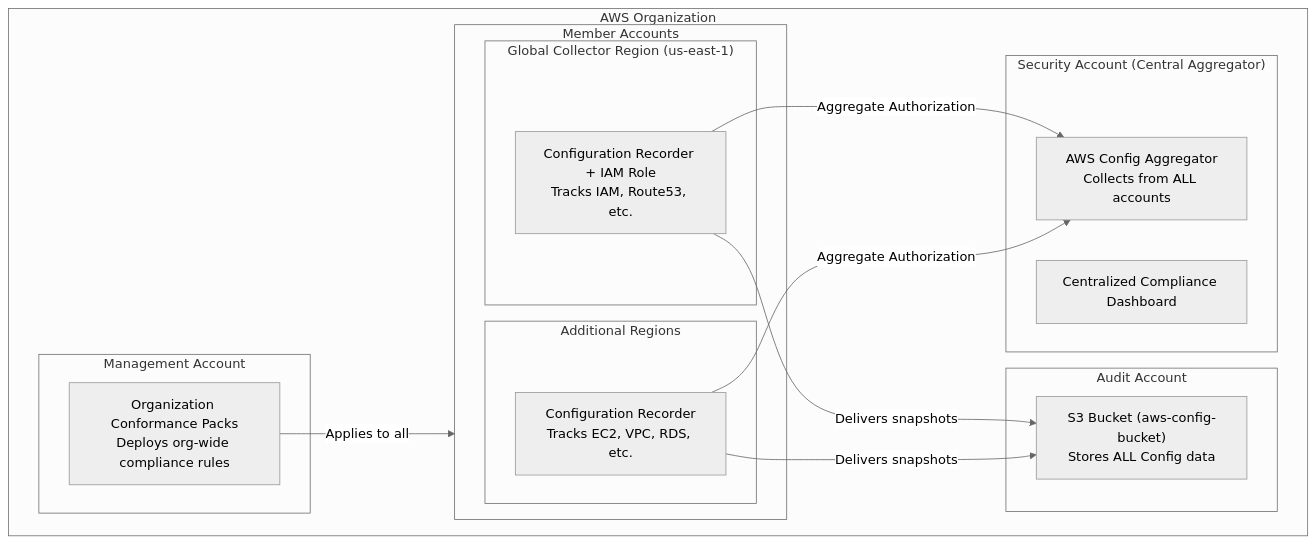
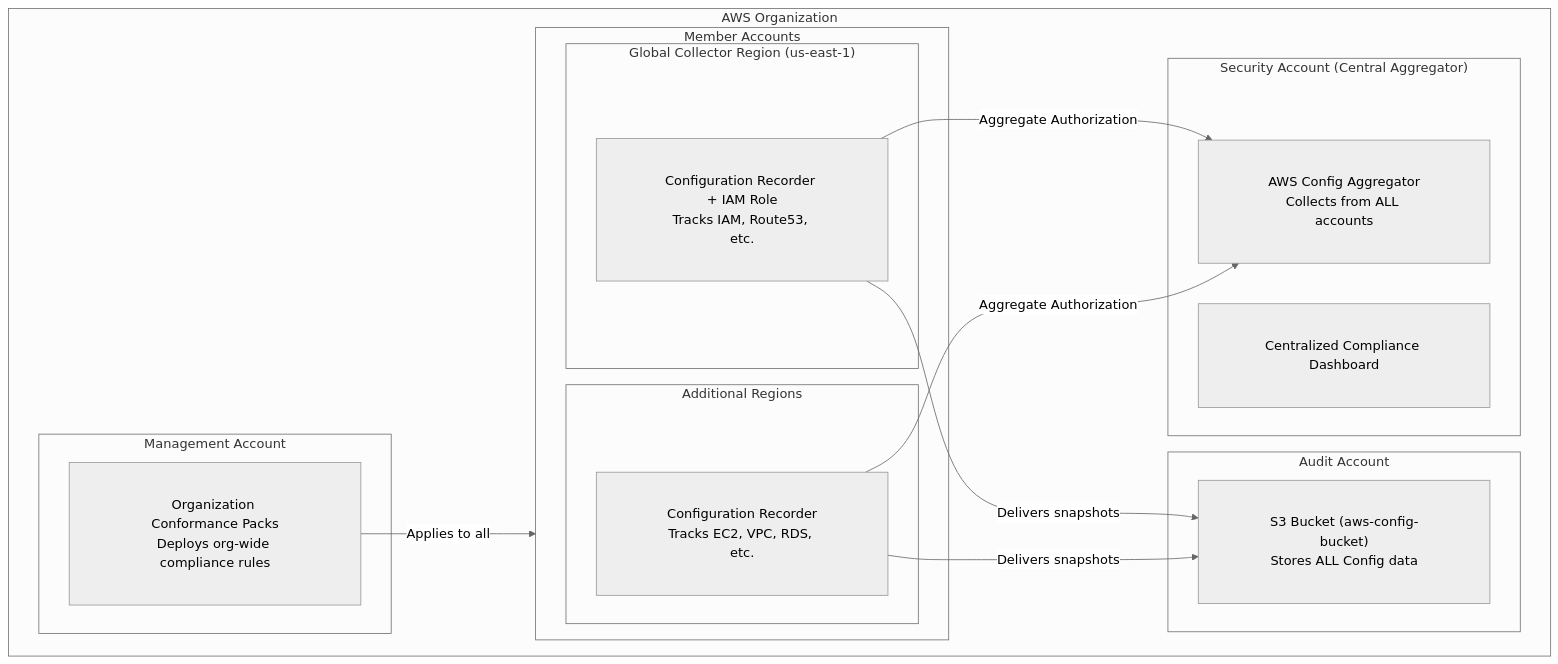
The diagram in docs/layers/security-and-compliance/aws-config.mdx (cloudposse/docs), drawn with Mermaid (neutral theme) before and after one commit. The commit also changed 11 other files, not shown here.

````diff
--- a/docs/layers/security-and-compliance/aws-config.mdx
+++ b/docs/layers/security-and-compliance/aws-config.mdx
@@ -28,32 +28,33 @@
 ```mermaid
+%%{init: {'flowchart': {'padding': 40}}}%%
 flowchart TB
     subgraph org["AWS Organization"]
         subgraph mgmt["Management Account"]
             mgmt_packs["Organization Conformance Packs<br/>Deploys org-wide compliance rules"]
         end
 
         subgraph security["Security Account (Central Aggregator)"]
             aggregator["AWS Config Aggregator<br/>Collects from ALL accounts"]
             dashboard["Centralized Compliance Dashboard"]
         end
 
         subgraph audit["Audit Account"]
             bucket["S3 Bucket (aws-config-bucket)<br/>Stores ALL Config data"]
         end
 
         subgraph members["Member Accounts"]
             subgraph global_region["Global Collector Region (us-east-1)"]
                 recorder1["Configuration Recorder + IAM Role<br/>Tracks IAM, Route53, etc."]
             end
             subgraph other_regions["Additional Regions"]
                 recorder2["Configuration Recorder<br/>Tracks EC2, VPC, RDS, etc."]
             end
         end
     end
 
     mgmt_packs -->|"Applies to all"| members
     recorder1 -->|"Aggregate Authorization"| aggregator
     recorder2 -->|"Aggregate Authorization"| aggregator
     recorder1 -->|"Delivers snapshots"| bucket
     recorder2 -->|"Delivers snapshots"| bucket
 ```
````
